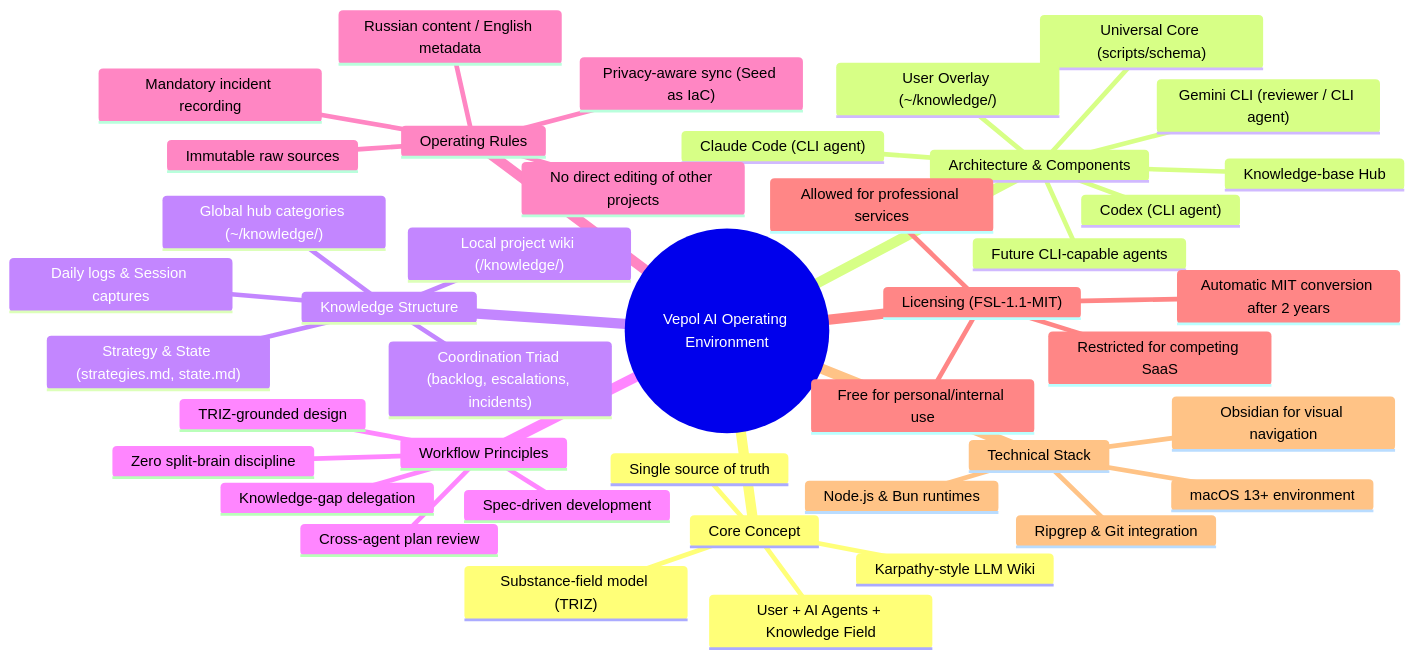
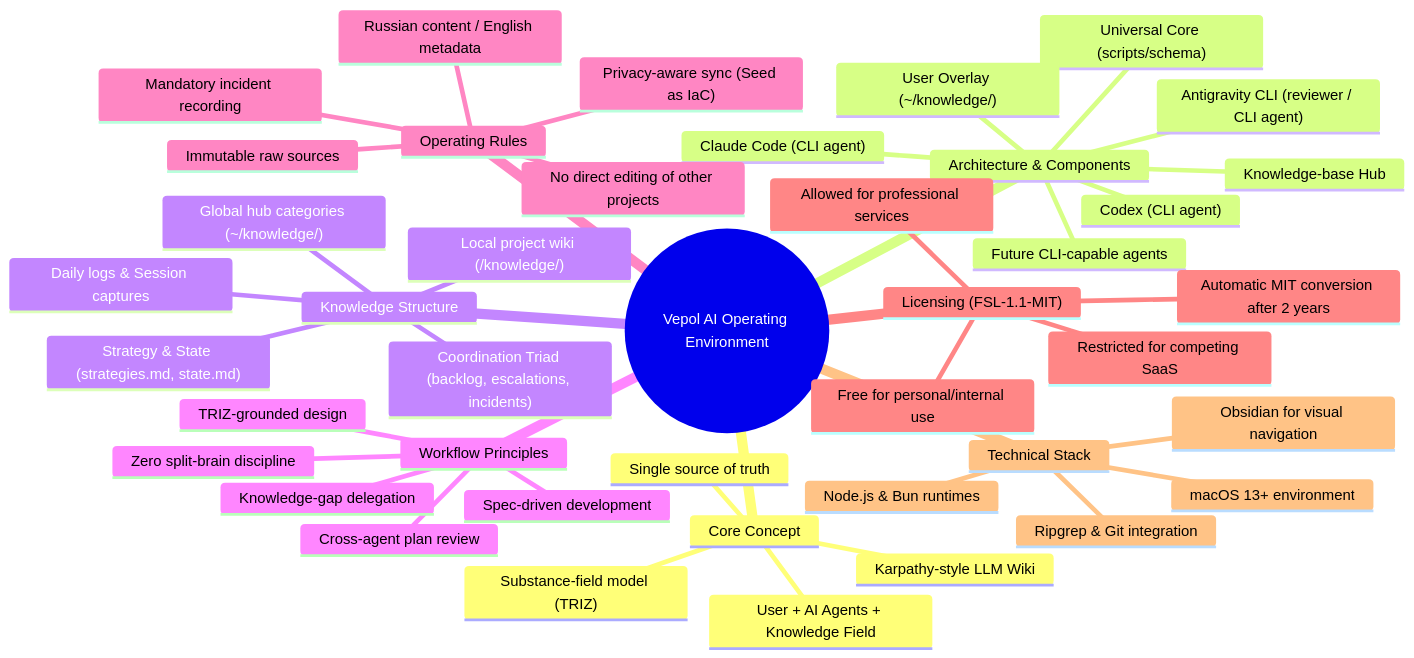
The diagram in docs/visuals/vepol-mindmap.md (nahornyi-ai-lab/vepol), drawn with Mermaid before and after one commit. The commit also changed 85 other files, not shown here.

````diff
--- a/docs/visuals/vepol-mindmap.md
+++ b/docs/visuals/vepol-mindmap.md
@@ -7,45 +7,45 @@
 ```mermaid
 mindmap
   root((Vepol AI Operating Environment))
     Core Concept
       Substance-field model &lpar;TRIZ&rpar;
       User + AI Agents + Knowledge Field
       Karpathy-style LLM Wiki
       Single source of truth
     Architecture & Components
       Universal Core &lpar;scripts/schema&rpar;
       User Overlay &lpar;~/knowledge/&rpar;
       Claude Code &lpar;CLI agent&rpar;
       Codex &lpar;CLI agent&rpar;
-      Gemini CLI &lpar;reviewer / CLI agent&rpar;
+      Antigravity CLI &lpar;reviewer / CLI agent&rpar;
       Future CLI-capable agents
       Knowledge-base Hub
     Knowledge Structure
       Local project wiki &lpar;<project>/knowledge/&rpar;
       Global hub categories &lpar;~/knowledge/&rpar;
       Coordination Triad &lpar;backlog, escalations, incidents&rpar;
       Strategy & State &lpar;strategies.md, state.md&rpar;
       Daily logs & Session captures
     Workflow Principles
       Spec-driven development
       TRIZ-grounded design
       Cross-agent plan review
       Knowledge-gap delegation
       Zero split-brain discipline
     Operating Rules
       Immutable raw sources
       No direct editing of other projects
       Mandatory incident recording
       Privacy-aware sync &lpar;Seed as IaC&rpar;
       Russian content / English metadata
     Licensing &lpar;FSL-1.1-MIT&rpar;
       Free for personal/internal use
       Allowed for professional services
       Restricted for competing SaaS
       Automatic MIT conversion after 2 years
     Technical Stack
       macOS 13+ environment
       Node.js & Bun runtimes
       Ripgrep & Git integration
       Obsidian for visual navigation
 ```
````
